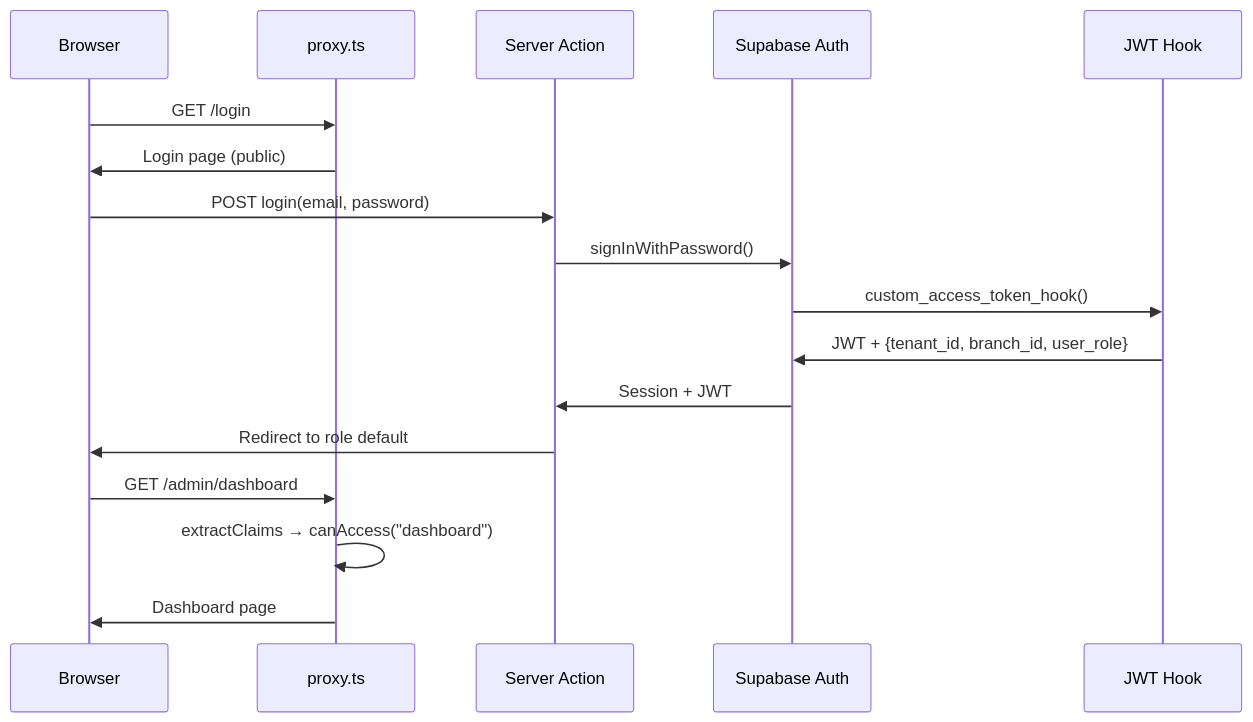
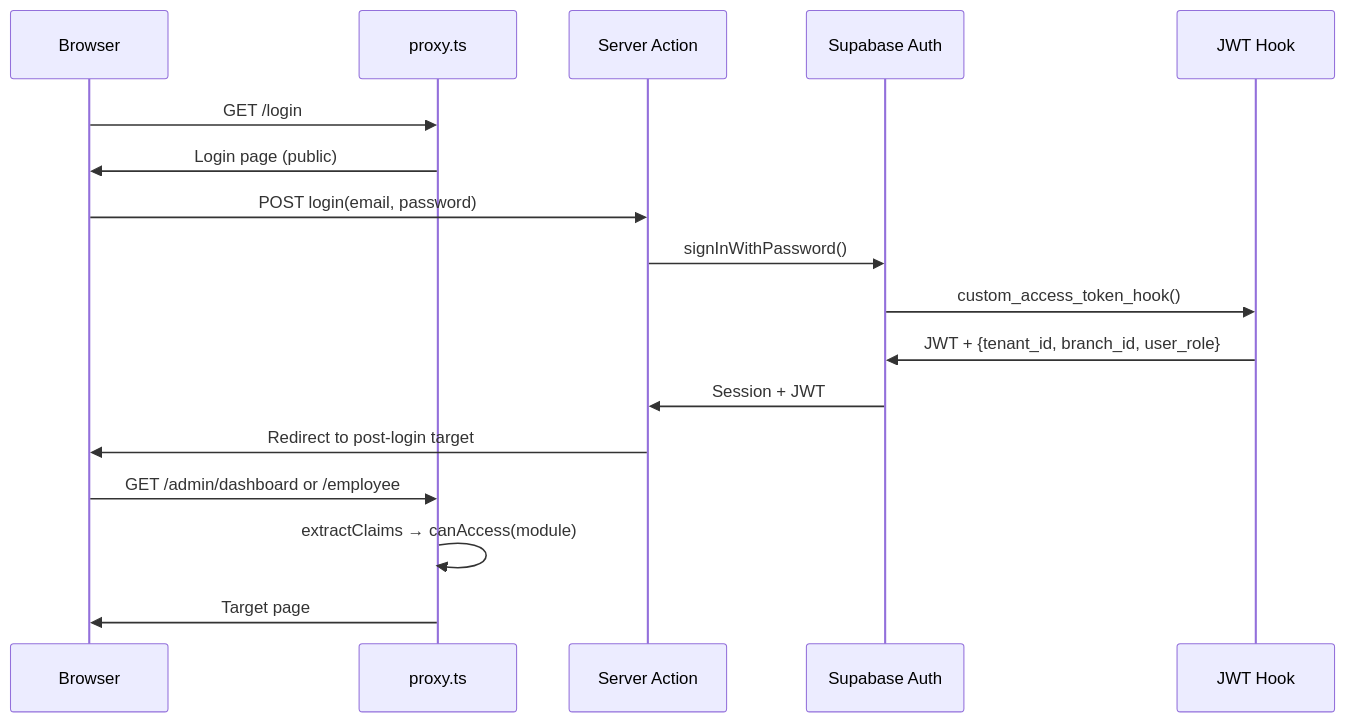
The sixth of 6 diagrams in docs/CODEBASE_MAP.md (comtammatu/comtammatu), drawn with Mermaid before and after one commit. The commit also changed other lines of this file and 105 other files, not shown here.

````diff
--- a/docs/CODEBASE_MAP.md
+++ b/docs/CODEBASE_MAP.md
@@ -189,20 +189,20 @@
 ```mermaid
 sequenceDiagram
     participant B as Browser
     participant P as proxy.ts
     participant A as Server Action
     participant S as Supabase Auth
     participant H as JWT Hook
 
     B->>P: GET /login
     P->>B: Login page (public)
     B->>A: POST login(email, password)
     A->>S: signInWithPassword()
     S->>H: custom_access_token_hook()
     H->>S: JWT + {tenant_id, branch_id, user_role}
     S->>A: Session + JWT
-    A->>B: Redirect to role default
-    B->>P: GET /admin/dashboard
-    P->>P: extractClaims → canAccess("dashboard")
-    P->>B: Dashboard page
+    A->>B: Redirect to post-login target
+    B->>P: GET /admin/dashboard or /employee
+    P->>P: extractClaims → canAccess(module)
+    P->>B: Target page
 ```
````
